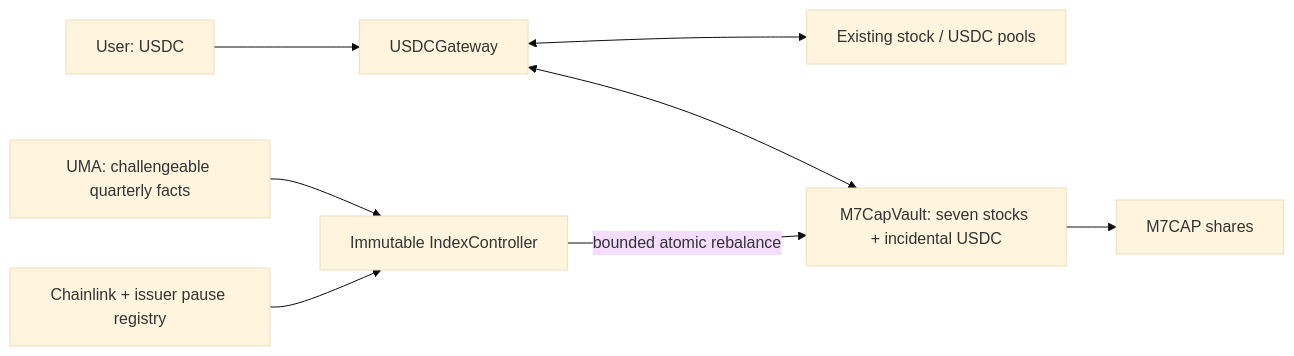
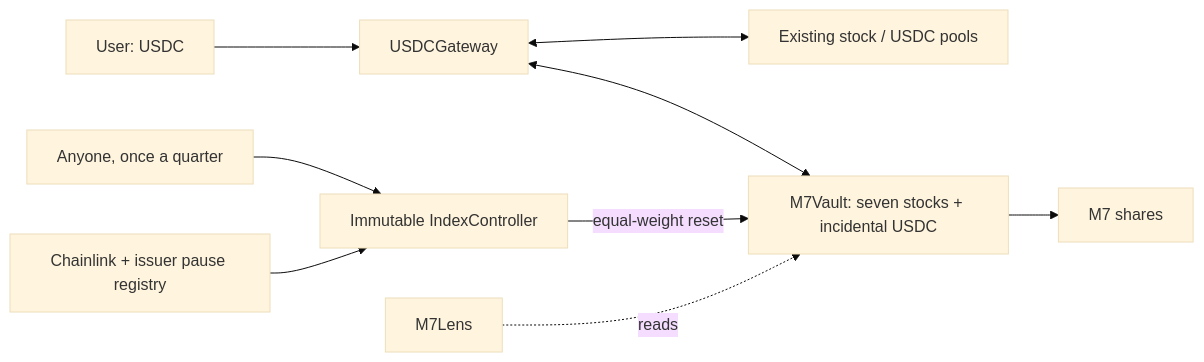
Before and after one commit to solumos/m7: the diagram in README.md, drawn with Mermaid (base theme). The commit also changed other lines of this file and 54 other files, not shown here.

````diff
--- a/README.md
+++ b/README.md
@@ -46,10 +48,11 @@
 ```mermaid
 flowchart LR
   U[User: USDC] --> G[USDCGateway]
   G <--> D[Existing stock / USDC pools]
-  G <--> V[M7CapVault: seven stocks + incidental USDC]
-  V --> S[M7CAP shares]
-  O[UMA: challengeable quarterly facts] --> C[Immutable IndexController]
+  G <--> V[M7Vault: seven stocks + incidental USDC]
+  V --> S[M7 shares]
+  K[Anyone, once a quarter] --> C[Immutable IndexController]
   P[Chainlink + issuer pause registry] --> C
-  C -->|bounded atomic rebalance| V
+  C -->|equal-weight reset| V
+  L[M7Lens] -. reads .-> V
 ```
````
